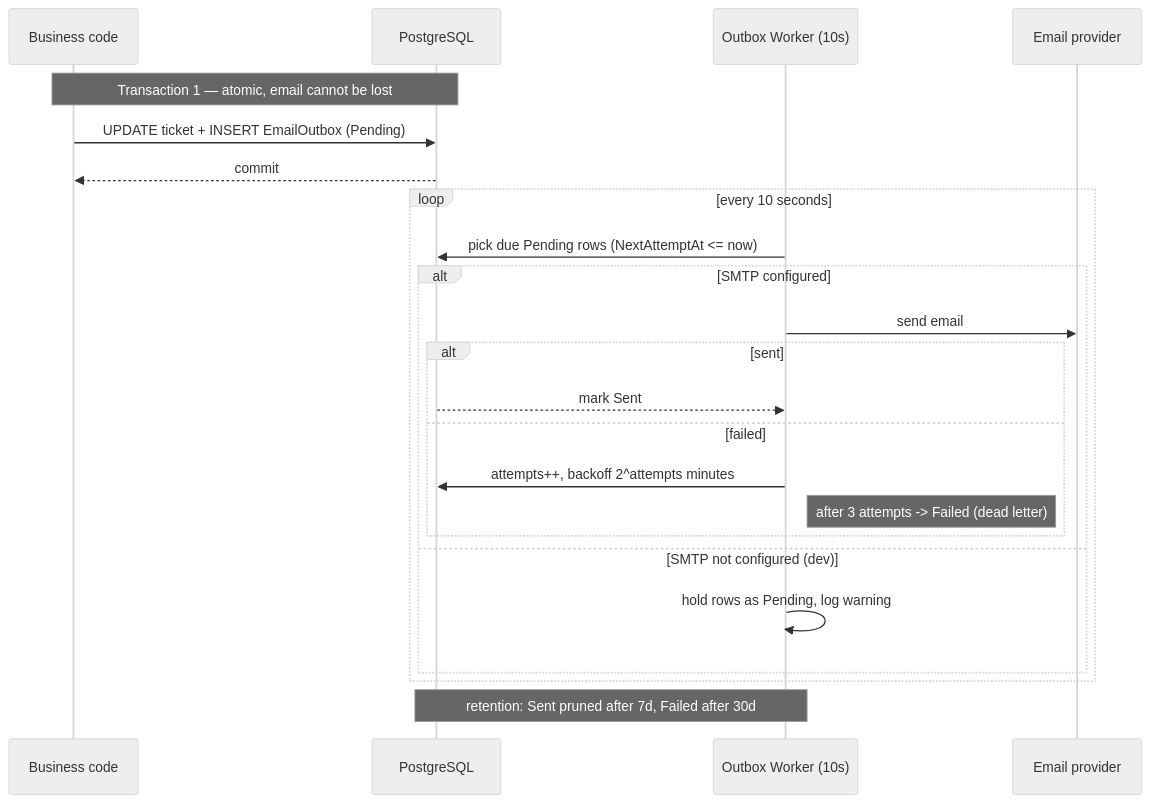
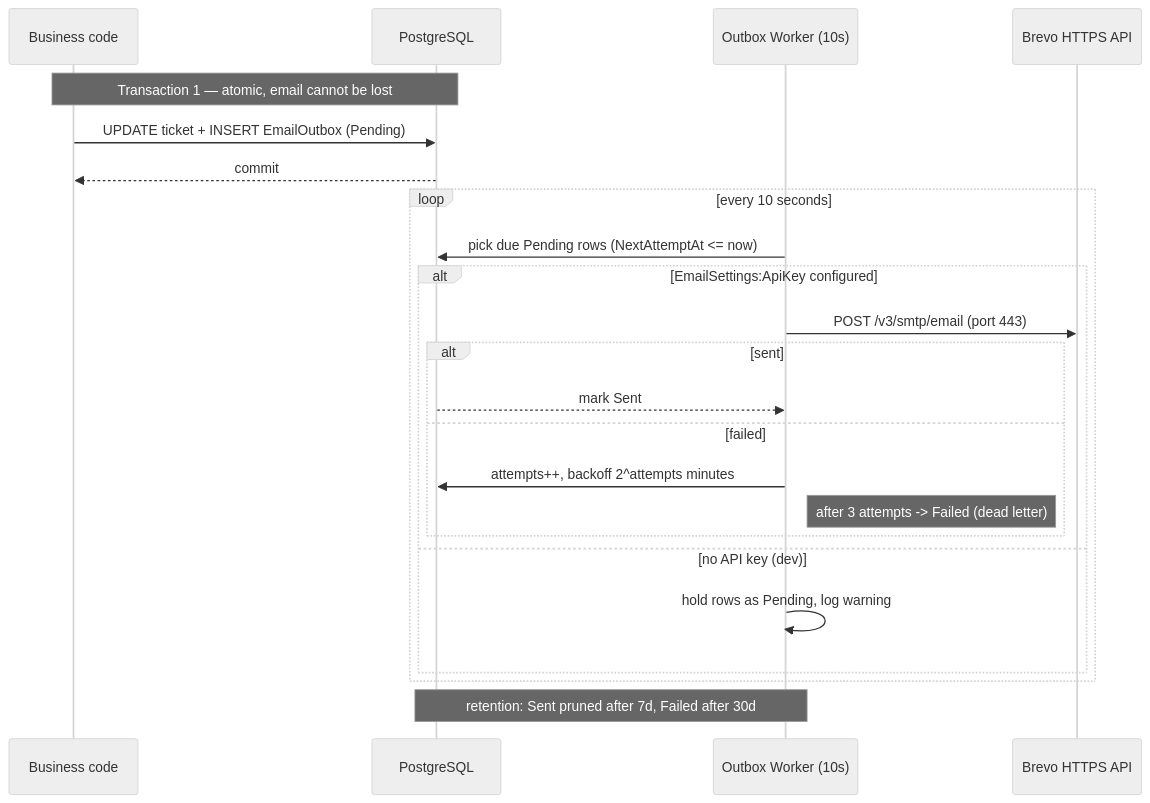
The tenth of 16 diagrams in README.md (morshedmilton/TicketDeskPro-API), drawn with Mermaid (neutral theme) before and after one commit. The commit also changed other lines of this file, not shown here.

Commit message:
Update outbox and deployment diagrams to show the Brevo email API

````diff
--- a/README.md
+++ b/README.md
@@ -255,28 +255,28 @@
 ```mermaid
 sequenceDiagram
     participant API as Business code
     participant DB as PostgreSQL
     participant J as Outbox Worker (10s)
-    participant SMTP as Email provider
+    participant BR as Brevo HTTPS API
 
     Note over API,DB: Transaction 1 — atomic, email cannot be lost
     API->>DB: UPDATE ticket + INSERT EmailOutbox (Pending)
     DB-->>API: commit
 
     loop every 10 seconds
         J->>DB: pick due Pending rows (NextAttemptAt <= now)
-        alt SMTP configured
-            J->>SMTP: send email
+        alt EmailSettings:ApiKey configured
+            J->>BR: POST /v3/smtp/email (port 443)
             alt sent
                 DB-->>J: mark Sent
             else failed
                 J->>DB: attempts++, backoff 2^attempts minutes
                 note right of J: after 3 attempts -> Failed (dead letter)
             end
-        else SMTP not configured (dev)
+        else no API key (dev)
             J->>J: hold rows as Pending, log warning
         end
     end
 
     Note over J,DB: retention: Sent pruned after 7d, Failed after 30d
 ```
````
